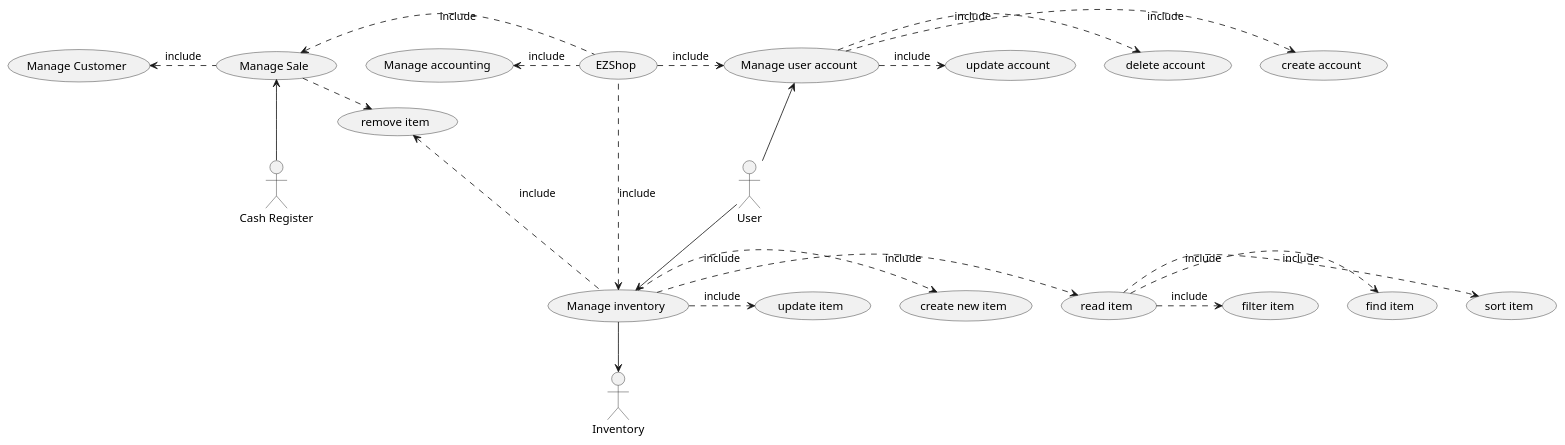
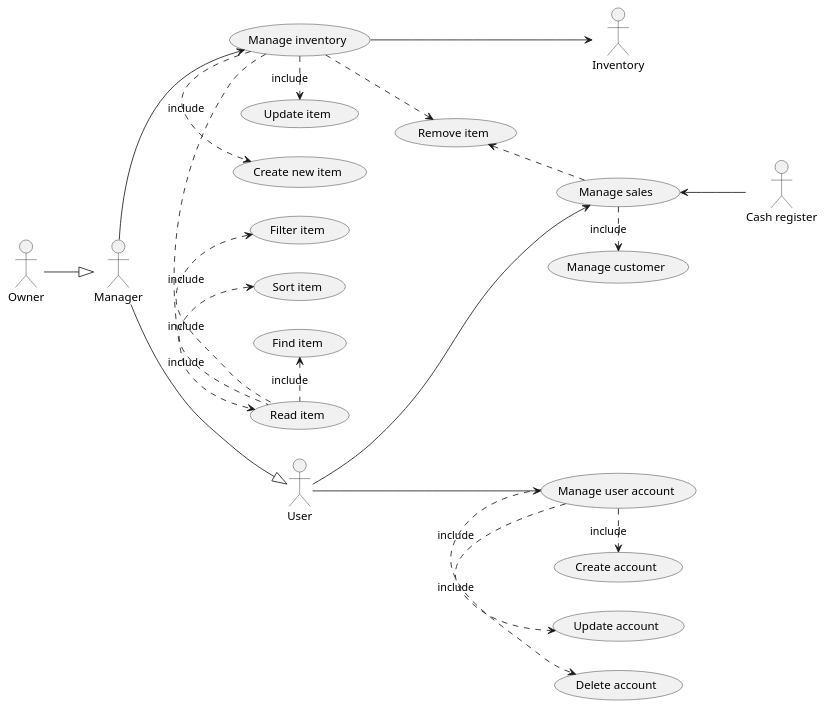
Before and after one commit to mspronesti/ezshop: the second of 4 diagrams in Deliverables/RequirementsDocument.md, drawn with PlantUML.

Commit message:
Docs: updated UCD

````diff
--- a/Deliverables/RequirementsDocument.md
+++ b/Deliverables/RequirementsDocument.md
@@ -176,37 +176,43 @@
 ```plantuml
 @startuml
-top to bottom direction
+left to right direction
 
-actor :Cash Register: as cr
+actor :Cash register: as cr
 actor :User: as u
 actor :Inventory: as i
+actor :Manager: as m
+actor :Owner: as o
 
 
+o --|> m
+m --|> u
+u --> (Manage sales)
 
-(EZShop) .> (Manage user account) :include
-(Manage user account) <-- u
-(Manage inventory) <. (EZShop) :include
-u --> (Manage inventory)
-(Manage accounting) <. (EZShop) :include
-(Manage Sale) <. (EZShop) :include
-(Manage Customer) <. (Manage Sale) :include
-(Manage Sale) <-- cr
+(Manage sales) .> (Manage customer) :include
+
+u --> (Manage user account)
+
+
+(Manage user account) .> (Create account) :include
+(Manage user account) .> (Delete account) :include
+(Manage user account) .> (Update account) :include
+
+m --> (Manage inventory)
+
+
+(Manage inventory) .> (Create new item) :include 
+(Manage inventory) .> (Update item) :include 
+(Manage inventory) .> (Read item) :include 
+(Manage inventory) .> (Remove item) :include
+(Remove item) <. (Manage sales) :include
+
+
+(Find item)  <. (Read item):include
+(Filter item) <. (Read item):include 
+(Sort item)  <. (Read item):include
 
 (Manage inventory) --> i
-(Manage inventory) .> (create new item) :include 
-(Manage inventory) .> (update item) :include 
-(Manage inventory) .> (read item) :include 
 
-(read item) .> (find item)  :include
-(read item) .> (filter item) :include 
-(read item) .> (sort item)  :include
-
-(remove item) <. (Manage inventory):include
-
-(Manage Sale) .> (remove item) :include
-
-(Manage user account) .> (create account) :include
-(Manage user account) .> (delete account) :include
-(Manage user account) .> (update account) :include
+(Manage sales) <-- cr
 @enduml
 ```
````
